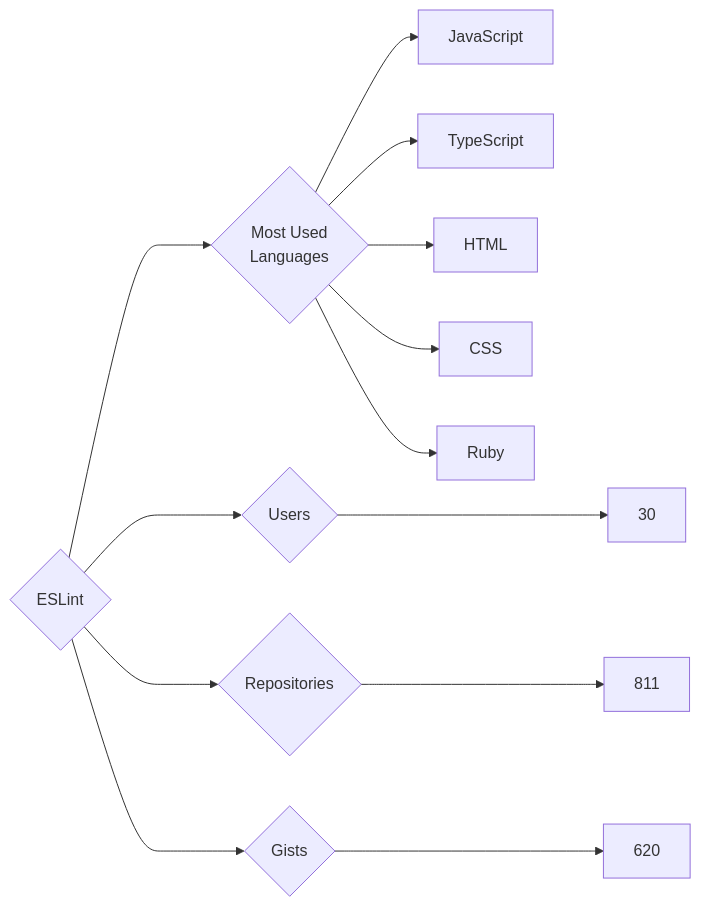
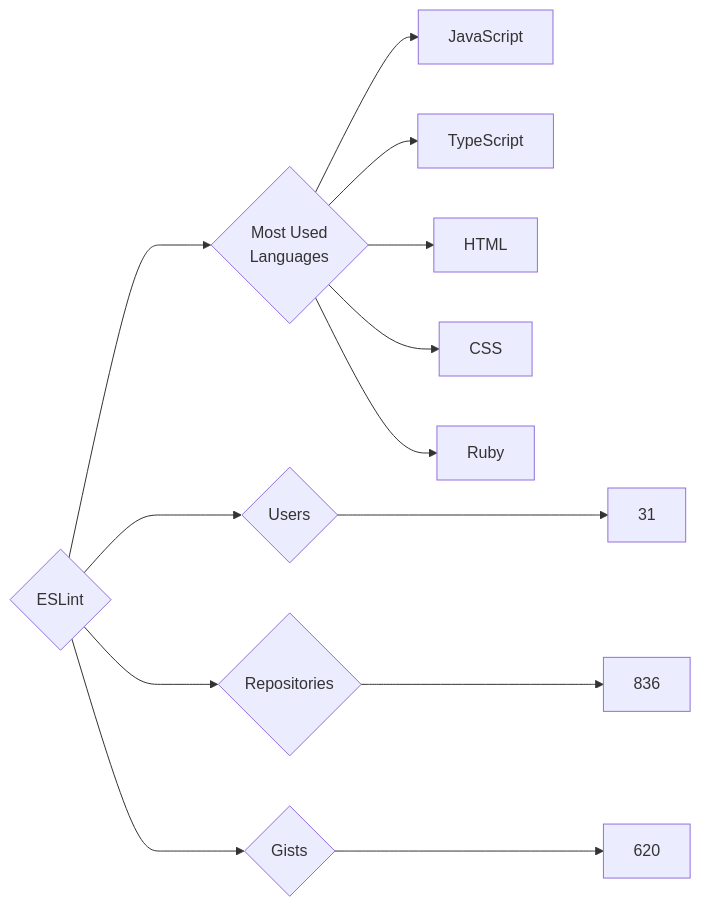
Before and after one commit to trickest/insiders: the diagram in targets/ESLint/README.md, drawn with Mermaid. The commit also changed 873 other files, not shown here.

````diff
--- a/targets/ESLint/README.md
+++ b/targets/ESLint/README.md
@@ -3,13 +3,13 @@
 ```mermaid
 graph LR
 COMPANY_NAME{ESLint}
-COMPANY_NAME ---> U{Users} ---> UN[30]
-COMPANY_NAME ---> R{Repositories} ---> RN[811]
+COMPANY_NAME ---> U{Users} ---> UN[31]
+COMPANY_NAME ---> R{Repositories} ---> RN[836]
 COMPANY_NAME ---> G{Gists} ---> GN[620]
 COMPANY_NAME ---> ML{Most Used<br>Languages}
 ML --> JavaScript[JavaScript]
 ML --> TypeScript[TypeScript]
 ML --> HTML[HTML]
 ML --> CSS[CSS]
 ML --> Ruby[Ruby]
 ```
````
